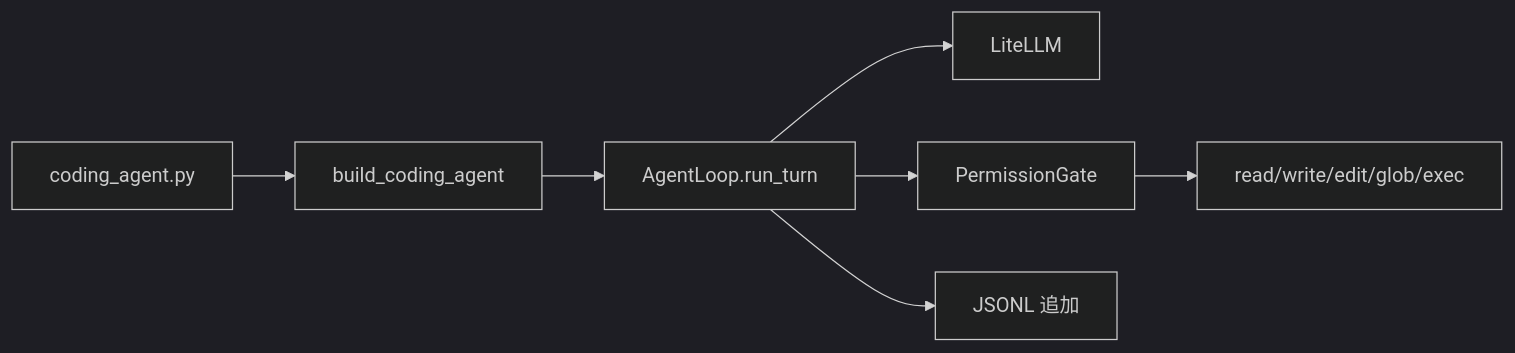
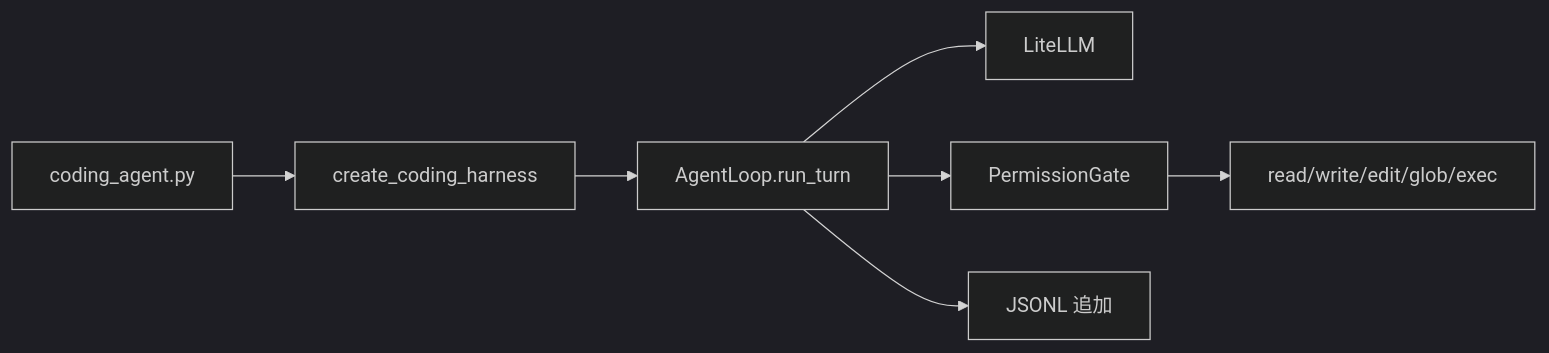
One commit to cacohe/coding-agent changed the diagram in docs/NOTES.md. Above: the diagram before and after it, drawn with Mermaid (dark theme). The commit also changed other lines of this file and 6 other files, not shown here.

Commit message:
Rename factory to create_coding_harness and pin Python 3.12.

````diff
--- a/docs/NOTES.md
+++ b/docs/NOTES.md
@@ -17,9 +17,9 @@
 ```mermaid
 flowchart LR
-  CLI["coding_agent.py"] --> Factory["build_coding_agent"]
+  CLI["coding_agent.py"] --> Factory["create_coding_harness"]
   Factory --> Loop["AgentLoop.run_turn"]
   Loop --> Model["LiteLLM"]
   Loop --> Gate["PermissionGate"]
   Gate --> Tools["read/write/edit/glob/exec"]
   Loop --> Transcript["JSONL 追加"]
 ```
````
